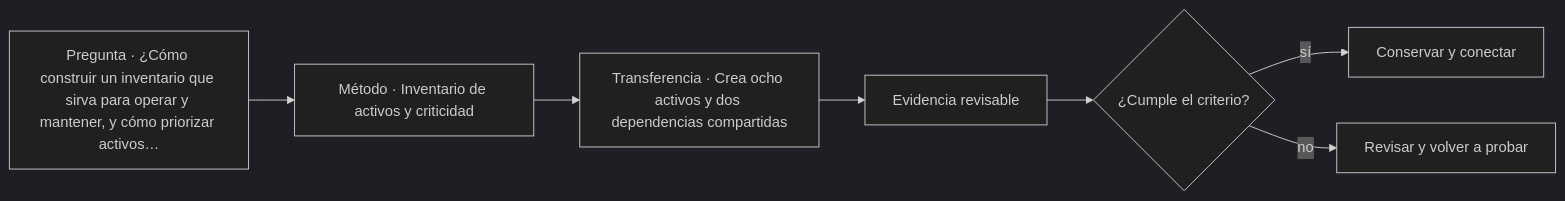
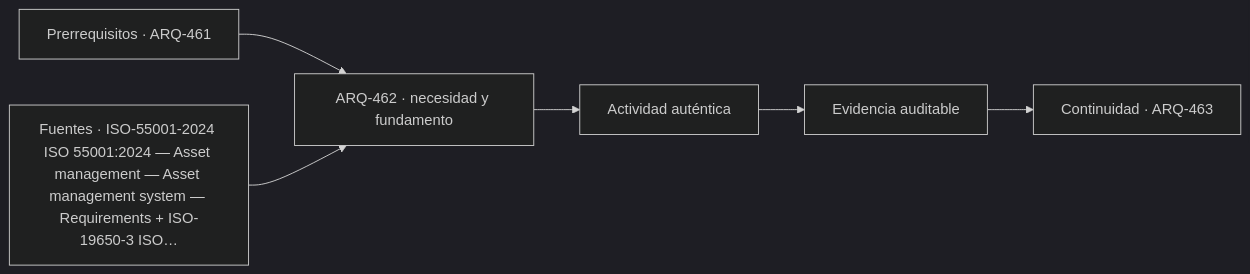
The diagram in classes/parte-47/ARQ-462.md (vladimiracunadev-create/architecture-built-environment-learning-program), drawn with Mermaid (dark theme) before and after one commit. The commit also changed other lines of this file and 761 other files, not shown here.

````diff
--- a/classes/parte-47/ARQ-462.md
+++ b/classes/parte-47/ARQ-462.md
@@ -75,9 +87,8 @@
 ```mermaid
 flowchart LR
-    Q["Pregunta · ¿Cómo construir un inventario que sirva para operar y mantener, y cómo priorizar activos…"] --> M["Método · Inventario de activos y criticidad"]
-    M --> P["Transferencia · Crea ocho activos y dos dependencias compartidas"]
-    P --> E["Evidencia revisable"]
-    E --> C{"¿Cumple el criterio?"}
-    C -->|sí| T["Conservar y conectar"]
-    C -->|no| R["Revisar y volver a probar"]
+    A["Prerrequisitos · ARQ-461"] --> B["ARQ-462 · necesidad y fundamento"]
+    S["Fuentes · ISO-55001-2024 ISO 55001:2024 — Asset management — Asset management system — Requirements + ISO-19650-3 ISO…"] --> B
+    B --> C["Actividad auténtica"]
+    C --> D["Evidencia auditable"]
+    D --> E["Continuidad · ARQ-463"]
 ```
````
